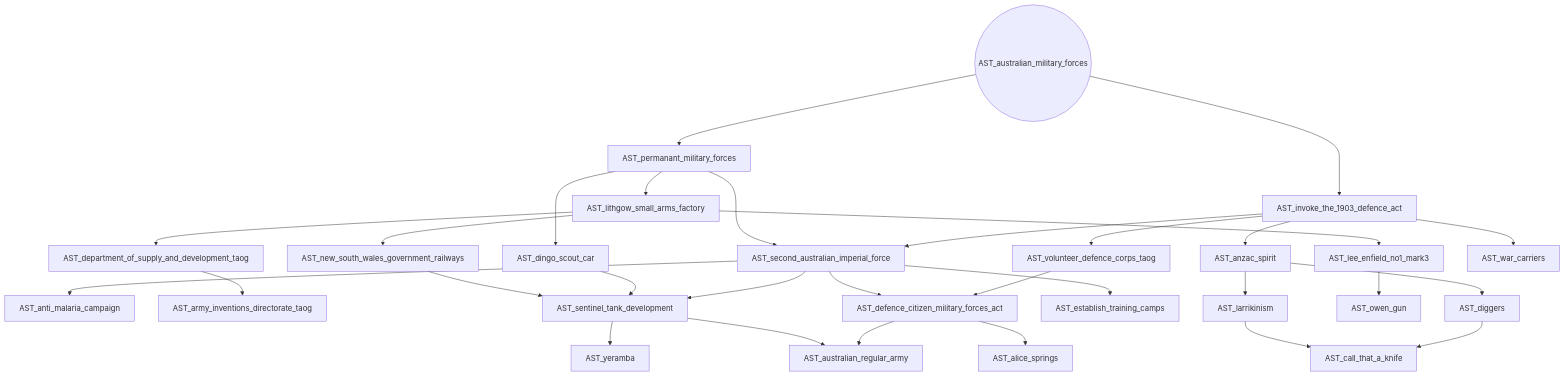
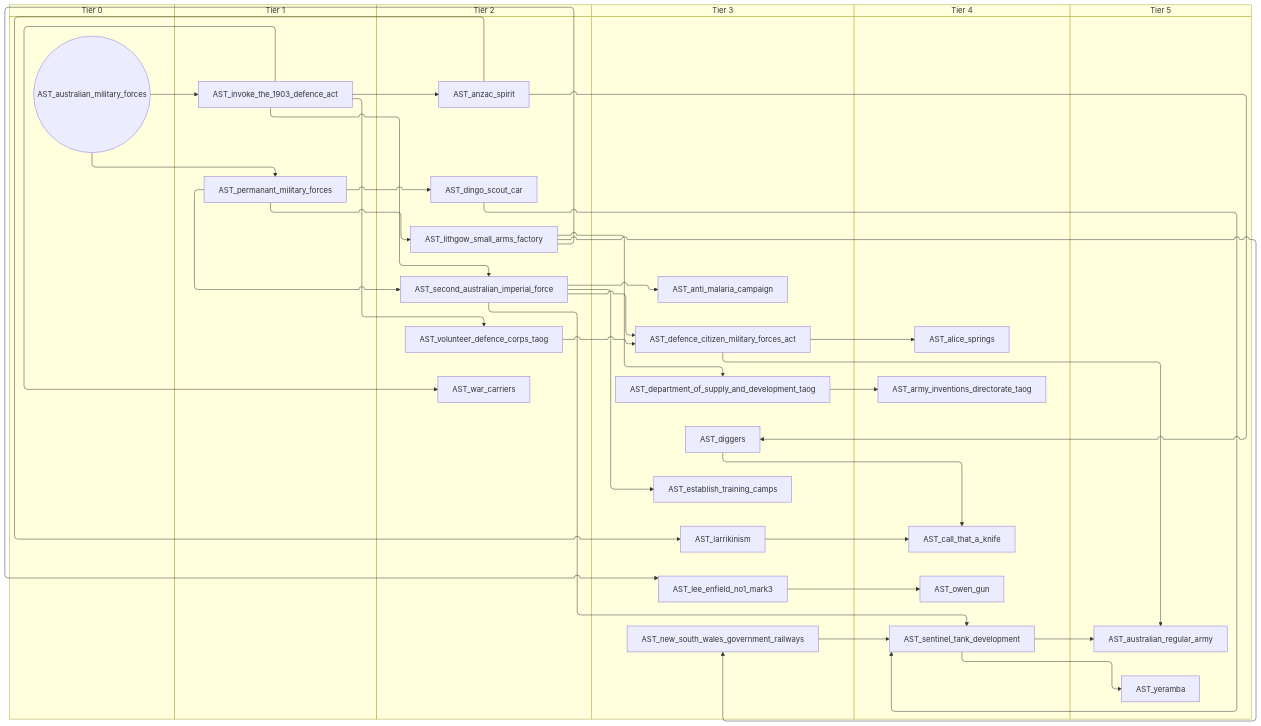
The third of 15 diagrams in docs/gdd/National Focuses/r56/australia_taog.md (evgeny-sobol/hoi4-sandbox-mode-r56), drawn with Mermaid before and after one commit. The commit also changed other lines of this file and 423 other files, not shown here.

First line of the commit message:
Re-export Rt56 focus trees as swimlane diagrams

````diff
--- a/docs/gdd/National Focuses/r56/australia_taog.md
+++ b/docs/gdd/National Focuses/r56/australia_taog.md
@@ -276,56 +314,68 @@
 ```mermaid
-flowchart TD
-    n114["AST_alice_springs"]
-    n115["AST_anti_malaria_campaign"]
-    n116["AST_anzac_spirit"]
-    n117["AST_army_inventions_directorate_taog"]
-    n118(("AST_australian_military_forces"))
-    n119["AST_australian_regular_army"]
-    n120["AST_call_that_a_knife"]
-    n121["AST_defence_citizen_military_forces_act"]
-    n122["AST_department_of_supply_and_development_taog"]
-    n123["AST_diggers"]
-    n124["AST_dingo_scout_car"]
-    n125["AST_establish_training_camps"]
-    n126["AST_invoke_the_1903_defence_act"]
-    n127["AST_larrikinism"]
-    n128["AST_lee_enfield_no1_mark3"]
-    n129["AST_lithgow_small_arms_factory"]
-    n130["AST_new_south_wales_government_railways"]
-    n131["AST_owen_gun"]
-    n132["AST_permanant_military_forces"]
-    n133["AST_second_australian_imperial_force"]
-    n134["AST_sentinel_tank_development"]
-    n135["AST_volunteer_defence_corps_taog"]
-    n136["AST_war_carriers"]
-    n137["AST_yeramba"]
-    n121 --> n114
-    n133 --> n115
-    n126 --> n116
-    n122 --> n117
-    n134 --> n119
-    n121 --> n119
-    n127 --> n120
-    n123 --> n120
-    n133 --> n121
-    n135 --> n121
-    n129 --> n122
-    n116 --> n123
-    n132 --> n124
-    n133 --> n125
-    n118 --> n126
-    n116 --> n127
-    n129 --> n128
-    n132 --> n129
-    n129 --> n130
-    n128 --> n131
-    n118 --> n132
-    n132 --> n133
+swimlane-beta TD
+    subgraph tier_0["Tier 0"]
+        n114(("AST_australian_military_forces"))
+    end
+    subgraph tier_1["Tier 1"]
+        n115["AST_invoke_the_1903_defence_act"]
+        n116["AST_permanant_military_forces"]
+    end
+    subgraph tier_2["Tier 2"]
+        n117["AST_anzac_spirit"]
+        n118["AST_dingo_scout_car"]
+        n119["AST_lithgow_small_arms_factory"]
+        n120["AST_second_australian_imperial_force"]
+        n121["AST_volunteer_defence_corps_taog"]
+        n122["AST_war_carriers"]
+    end
+    subgraph tier_3["Tier 3"]
+        n123["AST_anti_malaria_campaign"]
+        n124["AST_defence_citizen_military_forces_act"]
+        n125["AST_department_of_supply_and_development_taog"]
+        n126["AST_diggers"]
+        n127["AST_establish_training_camps"]
+        n128["AST_larrikinism"]
+        n129["AST_lee_enfield_no1_mark3"]
+        n130["AST_new_south_wales_government_railways"]
+    end
+    subgraph tier_4["Tier 4"]
+        n131["AST_alice_springs"]
+        n132["AST_army_inventions_directorate_taog"]
+        n133["AST_call_that_a_knife"]
+        n134["AST_owen_gun"]
+        n135["AST_sentinel_tank_development"]
+    end
+    subgraph tier_5["Tier 5"]
+        n136["AST_australian_regular_army"]
+        n137["AST_yeramba"]
+    end
+    n124 --> n131
+    n120 --> n123
+    n115 --> n117
+    n125 --> n132
+    n135 --> n136
+    n124 --> n136
+    n128 --> n133
     n126 --> n133
-    n130 --> n134
-    n124 --> n134
-    n133 --> n134
-    n126 --> n135
-    n126 --> n136
-    n134 --> n137
+    n120 --> n124
+    n121 --> n124
+    n119 --> n125
+    n117 --> n126
+    n116 --> n118
+    n120 --> n127
+    n114 --> n115
+    n117 --> n128
+    n119 --> n129
+    n116 --> n119
+    n119 --> n130
+    n129 --> n134
+    n114 --> n116
+    n116 --> n120
+    n115 --> n120
+    n130 --> n135
+    n118 --> n135
+    n120 --> n135
+    n115 --> n121
+    n115 --> n122
+    n135 --> n137
 ```
````
